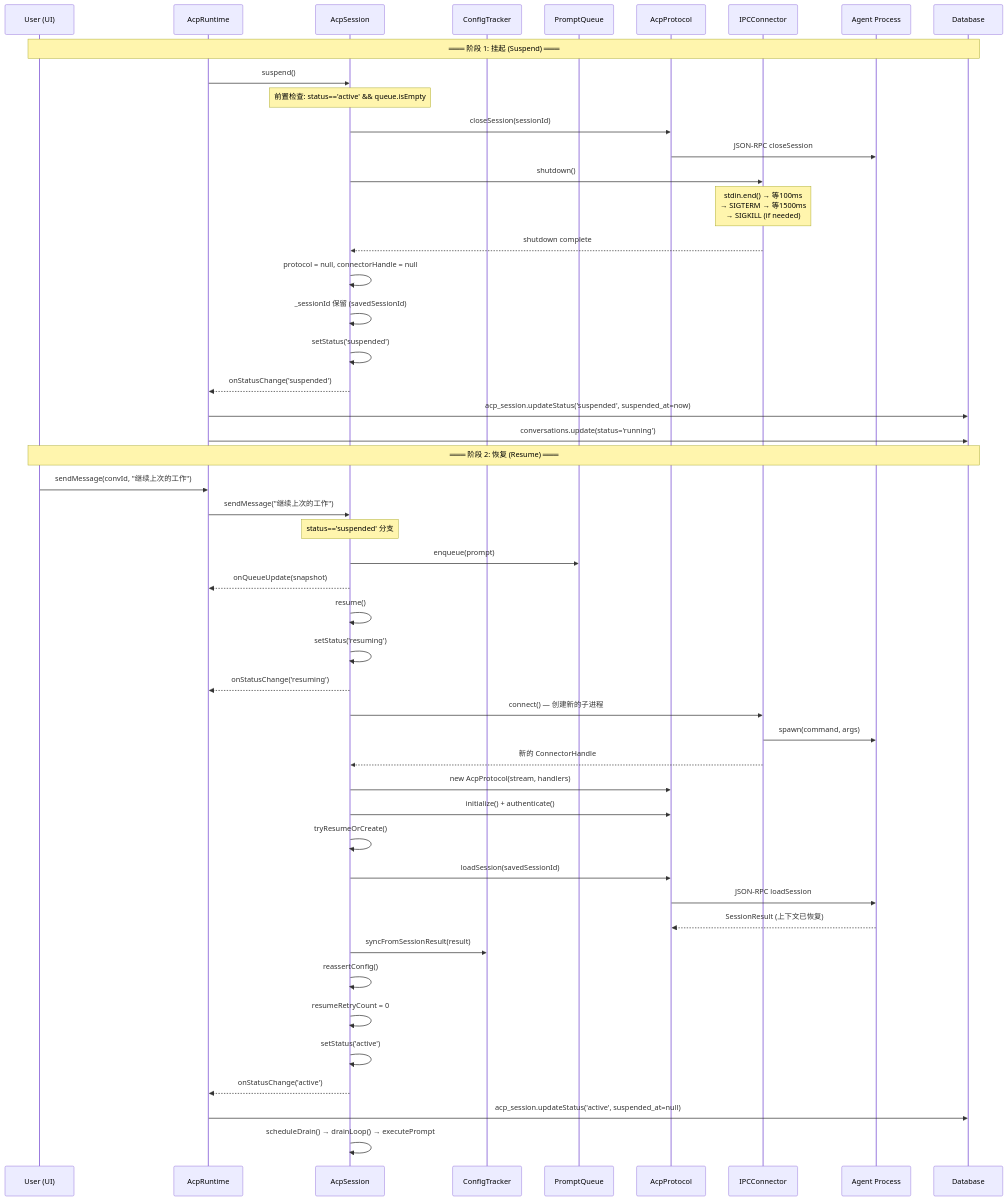
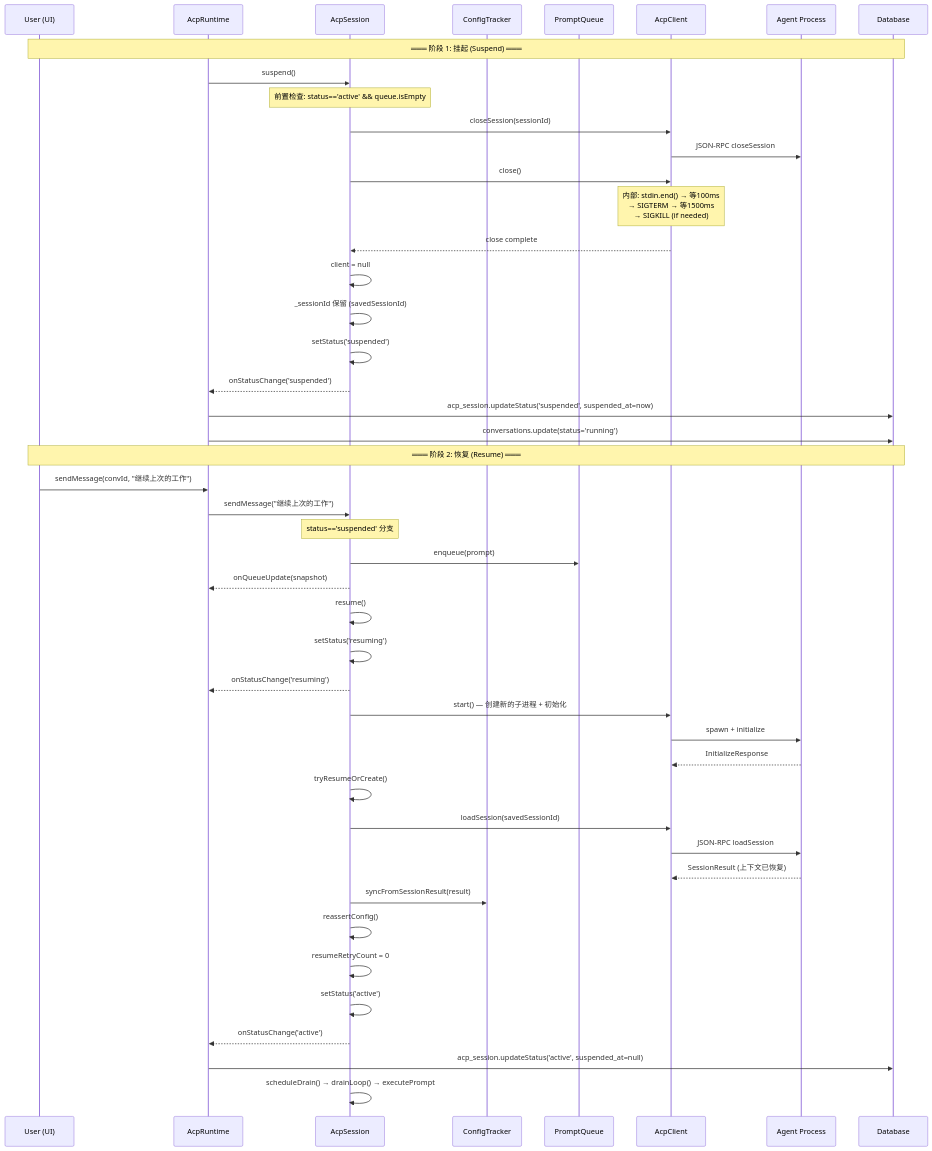
One commit to iOfficeAI/AionUi changed the sixth of 12 diagrams in docs/feature/acp-rewrite/06-scenario-walkthrough.md. Above: the diagram before and after it, drawn with Mermaid. The commit also changed other lines of this file and 22 other files, not shown here.

First line of the commit message:
refactor(acp): replace Connector+Protocol with AcpClient single-owner pattern

````diff
--- a/docs/feature/acp-rewrite/06-scenario-walkthrough.md
+++ b/docs/feature/acp-rewrite/06-scenario-walkthrough.md
@@ -462,62 +456,58 @@
 ```mermaid
 sequenceDiagram
     participant UI as User (UI)
     participant RT as AcpRuntime
     participant S as AcpSession
     participant CS as ConfigTracker
     participant PQ as PromptQueue
-    participant P as AcpProtocol
-    participant C as IPCConnector
+    participant CL as AcpClient
     participant A as Agent Process
     participant DB as Database
 
     Note over UI,DB: ═══ 阶段 1: 挂起 (Suspend) ═══
 
     RT->>S: suspend()
     Note over S: 前置检查: status=='active' && queue.isEmpty
 
-    S->>P: closeSession(sessionId)
-    P->>A: JSON-RPC closeSession
-    S->>C: shutdown()
-    Note over C: stdin.end() → 等100ms<br/>→ SIGTERM → 等1500ms<br/>→ SIGKILL (if needed)
-    C-->>S: shutdown complete
-    S->>S: protocol = null, connectorHandle = null
+    S->>CL: closeSession(sessionId)
+    CL->>A: JSON-RPC closeSession
+    S->>CL: close()
+    Note over CL: 内部: stdin.end() → 等100ms<br/>→ SIGTERM → 等1500ms<br/>→ SIGKILL (if needed)
+    CL-->>S: close complete
+    S->>S: client = null
     S->>S: _sessionId 保留 (savedSessionId)
     S->>S: setStatus('suspended')
     S-->>RT: onStatusChange('suspended')
     RT->>DB: acp_session.updateStatus('suspended', suspended_at=now)
     RT->>DB: conversations.update(status='running')
 
     Note over UI,DB: ═══ 阶段 2: 恢复 (Resume) ═══
 
     UI->>RT: sendMessage(convId, "继续上次的工作")
     RT->>S: sendMessage("继续上次的工作")
     Note over S: status=='suspended' 分支
 
     S->>PQ: enqueue(prompt)
     S-->>RT: onQueueUpdate(snapshot)
     S->>S: resume()
     S->>S: setStatus('resuming')
     S-->>RT: onStatusChange('resuming')
 
-    S->>C: connect() — 创建新的子进程
-    C->>A: spawn(command, args)
-    C-->>S: 新的 ConnectorHandle
-
-    S->>P: new AcpProtocol(stream, handlers)
-    S->>P: initialize() + authenticate()
+    S->>CL: start() — 创建新的子进程 + 初始化
+    CL->>A: spawn + initialize
+    A-->>CL: InitializeResponse
 
     S->>S: tryResumeOrCreate()
-    S->>P: loadSession(savedSessionId)
-    P->>A: JSON-RPC loadSession
-    A-->>P: SessionResult (上下文已恢复)
+    S->>CL: loadSession(savedSessionId)
+    CL->>A: JSON-RPC loadSession
+    A-->>CL: SessionResult (上下文已恢复)
 
     S->>CS: syncFromSessionResult(result)
     S->>S: reassertConfig()
     S->>S: resumeRetryCount = 0
     S->>S: setStatus('active')
     S-->>RT: onStatusChange('active')
     RT->>DB: acp_session.updateStatus('active', suspended_at=null)
 
     S->>S: scheduleDrain() → drainLoop() → executePrompt
 ```
````
